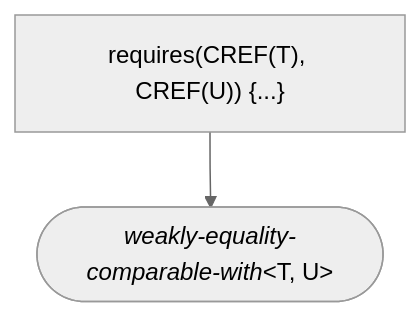
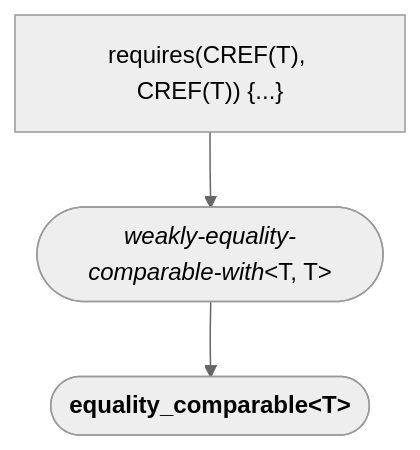
One commit to yohhoy/cpp-concepts changed diagram 15 of 27 in README.md. Above: the diagram before and after it, drawn with Mermaid (neutral theme). The commit also changed other lines of this file, not shown here.

Commit message:
expand weakly-equality-comparable-with

````diff
--- a/README.md
+++ b/README.md
@@ -179,5 +179,7 @@
 ```mermaid
 graph TD
-    %% std::weakly-equality-comparable-with<T, U>
-    AC["requires(CREF(T), CREF(U)) {...}"] --> wecw(["<i>weakly-equality-comparable-with</i>&lt;T, U&gt;"]);
+    %% std::weakly-equality-comparable-with<T, T>
+    AC["requires(CREF(T), CREF(T)) {...}"] --> weakly-equality-comparable-with(["<i>weakly-equality-comparable-with</i>&lt;T, T&gt;"]);
+    %% std::equality_comparable<T>
+    weakly-equality-comparable-with --> equality_comparable(["<b>equality_comparable&lt;T&gt;</b>"]);
 ```
````
